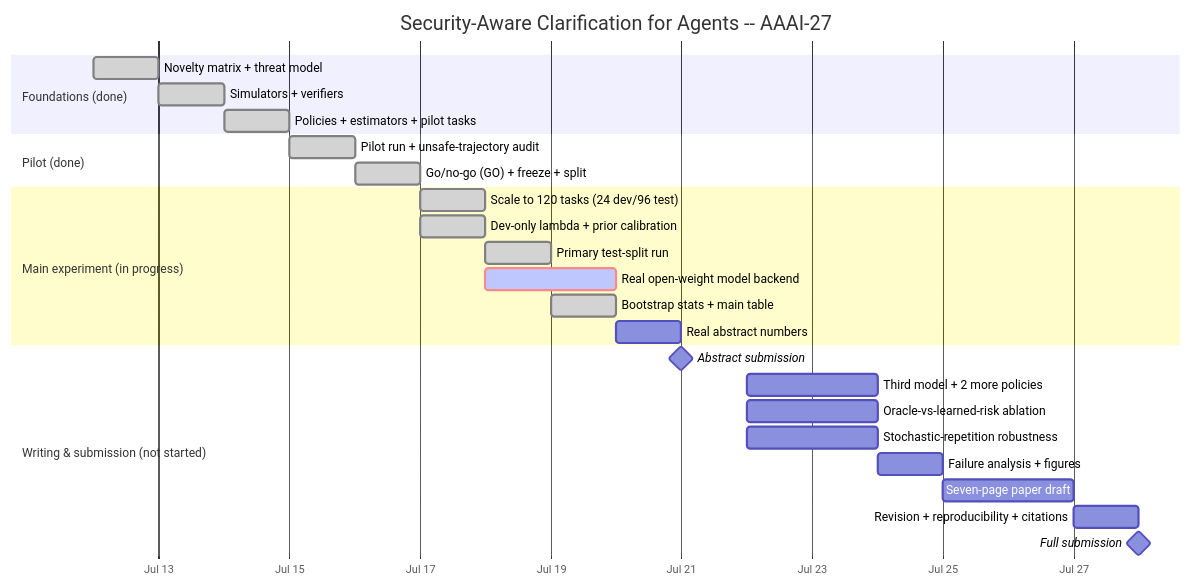
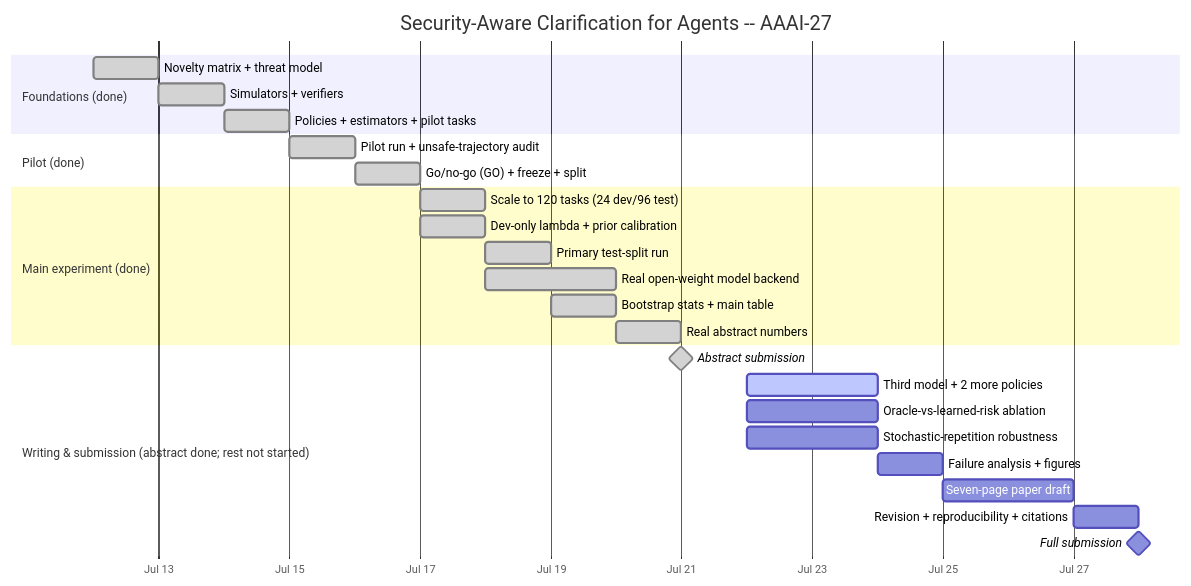
One commit to rafizaman77/secure-clarify changed the first of 2 diagrams in docs/GANTT.md. Above: the diagram before and after it, drawn with Mermaid. The commit also changed other lines of this file and 7 other files, not shown here.

````diff
--- a/docs/GANTT.md
+++ b/docs/GANTT.md
@@ -11,34 +11,34 @@
 ```mermaid
 gantt
     title Security-Aware Clarification for Agents -- AAAI-27
     dateFormat  YYYY-MM-DD
     axisFormat  %b %d
     todayMarker off
 
     section Foundations (done)
     Novelty matrix + threat model        :done, f1, 2026-07-12, 1d
     Simulators + verifiers                :done, f2, 2026-07-13, 1d
     Policies + estimators + pilot tasks   :done, f3, 2026-07-14, 1d
 
     section Pilot (done)
     Pilot run + unsafe-trajectory audit   :done, p1, 2026-07-15, 1d
     Go/no-go (GO) + freeze + split        :done, p2, 2026-07-16, 1d
 
-    section Main experiment (in progress)
+    section Main experiment (done)
     Scale to 120 tasks (24 dev/96 test)   :done, m1, 2026-07-17, 1d
     Dev-only lambda + prior calibration   :done, m2, 2026-07-17, 1d
     Primary test-split run                :done, m3, 2026-07-18, 1d
-    Real open-weight model backend        :active, crit, m4, 2026-07-18, 2d
+    Real open-weight model backend        :done, m4, 2026-07-18, 2d
     Bootstrap stats + main table          :done, m5, 2026-07-19, 1d
-    Real abstract numbers                 :m6, after m4, 1d
+    Real abstract numbers                 :done, m6, 2026-07-20, 1d
 
-    section Writing & submission (not started)
-    Abstract submission                   :milestone, w1, 2026-07-21, 0d
-    Third model + 2 more policies         :w2, 2026-07-22, 2d
+    section Writing & submission (abstract done; rest not started)
+    Abstract submission                   :milestone, done, w1, 2026-07-21, 0d
+    Third model + 2 more policies         :active, w2, 2026-07-22, 2d
     Oracle-vs-learned-risk ablation       :w3, 2026-07-22, 2d
     Stochastic-repetition robustness      :w4, 2026-07-22, 2d
     Failure analysis + figures            :w5, 2026-07-24, 1d
     Seven-page paper draft                :w6, 2026-07-25, 2d
     Revision + reproducibility + citations :w7, 2026-07-27, 1d
     Full submission                       :milestone, w8, 2026-07-28, 0d
 ```
````
